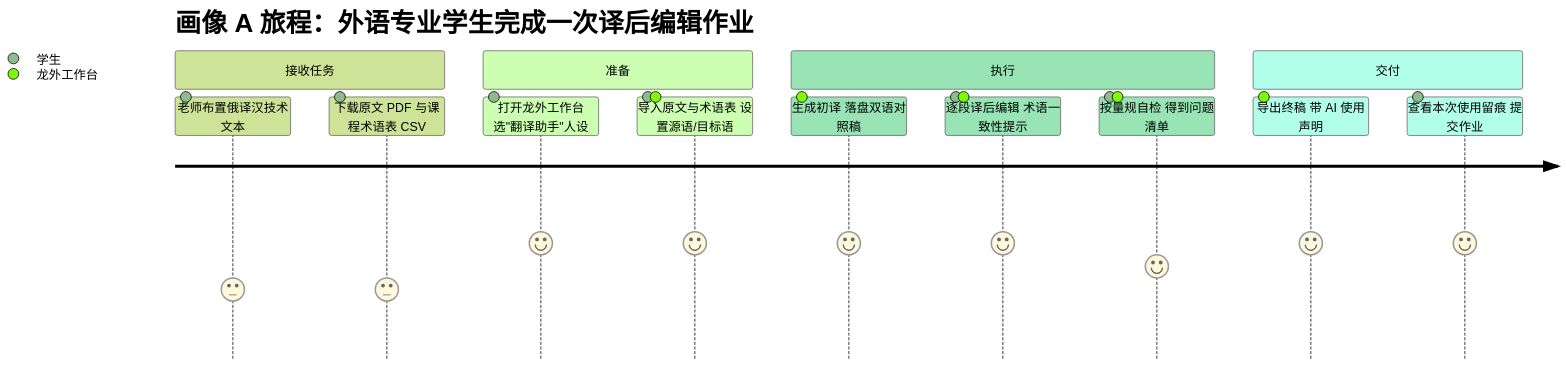
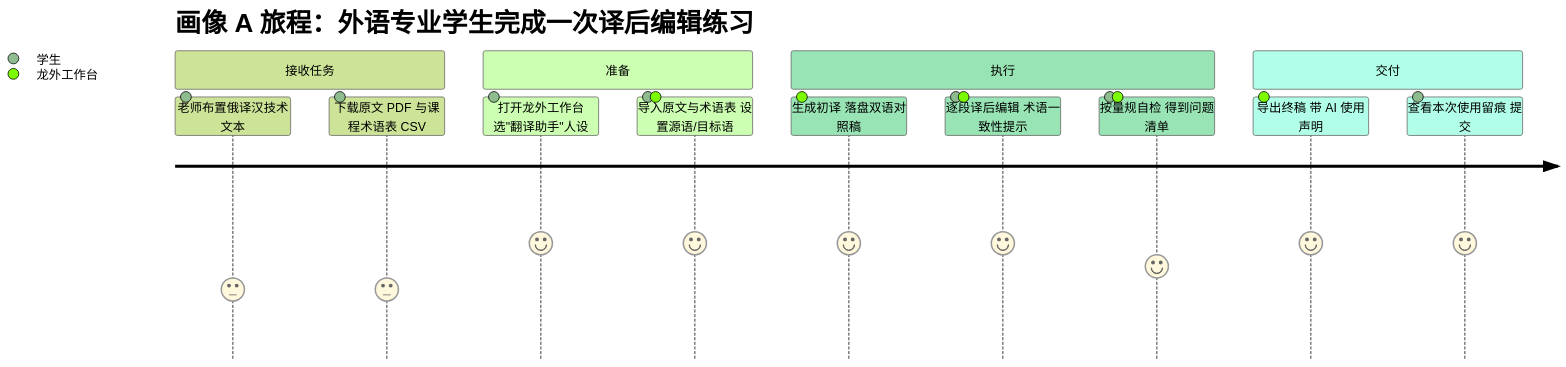
The third of 11 diagrams in docs/PRD-龙外工作台.md (light-misty/Stealth-Study), drawn with Mermaid (forest theme) before and after one commit. The commit also changed other lines of this file and 2 other files, not shown here.

````diff
--- a/docs/PRD-龙外工作台.md
+++ b/docs/PRD-龙外工作台.md
@@ -399,17 +416,17 @@
 ```mermaid
 journey
-    title 画像 A 旅程：外语专业学生完成一次译后编辑作业
+    title 画像 A 旅程：外语专业学生完成一次译后编辑练习
     section 接收任务
       老师布置俄译汉技术文本: 3: 学生
       下载原文 PDF 与课程术语表 CSV: 3: 学生
     section 准备
       打开龙外工作台 选"翻译助手"人设: 5: 学生
       导入原文与术语表 设置源语/目标语: 5: 学生, 龙外工作台
     section 执行
       生成初译 落盘双语对照稿: 5: 龙外工作台
       逐段译后编辑 术语一致性提示: 5: 学生, 龙外工作台
       按量规自检 得到问题清单: 4: 学生, 龙外工作台
     section 交付
       导出终稿 带 AI 使用声明: 5: 龙外工作台
-      查看本次使用留痕 提交作业: 5: 学生
+      查看本次使用留痕 提交: 5: 学生
 ```
````
